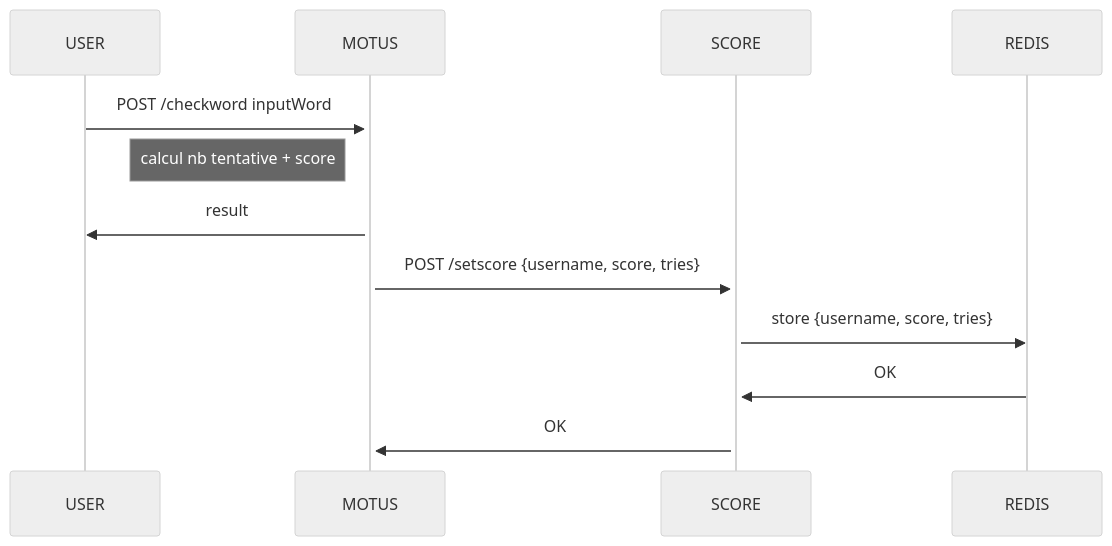
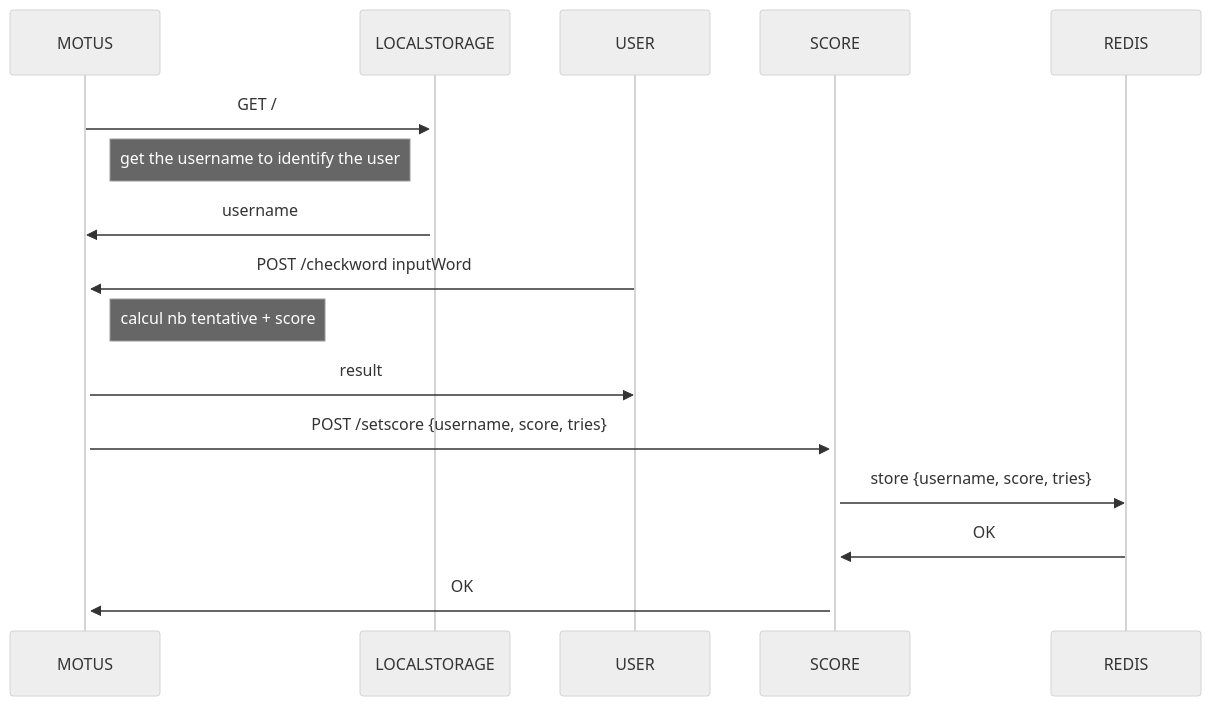
Before and after one commit to essadany/motus: the second of 3 diagrams in README.md, drawn with Mermaid (neutral theme). The commit also changed other lines of this file, not shown here.

````diff
--- a/README.md
+++ b/README.md
@@ -16,10 +14,13 @@
 ```mermaid
 sequenceDiagram
+    MOTUS->>+LOCALSTORAGE : GET /
+    note left of LOCALSTORAGE : get the username to identify the user
+    LOCALSTORAGE->>MOTUS: username
     USER->>+MOTUS:POST /checkword  inputWord
-    note left of MOTUS : calcul nb tentative + score
+    note right of MOTUS : calcul nb tentative + score
     MOTUS->>USER : result
     MOTUS->>+SCORE : POST /setscore {username, score, tries}
     SCORE->>REDIS : store {username, score, tries}
     REDIS->>SCORE : OK
     SCORE->>MOTUS : OK
 ```
````
